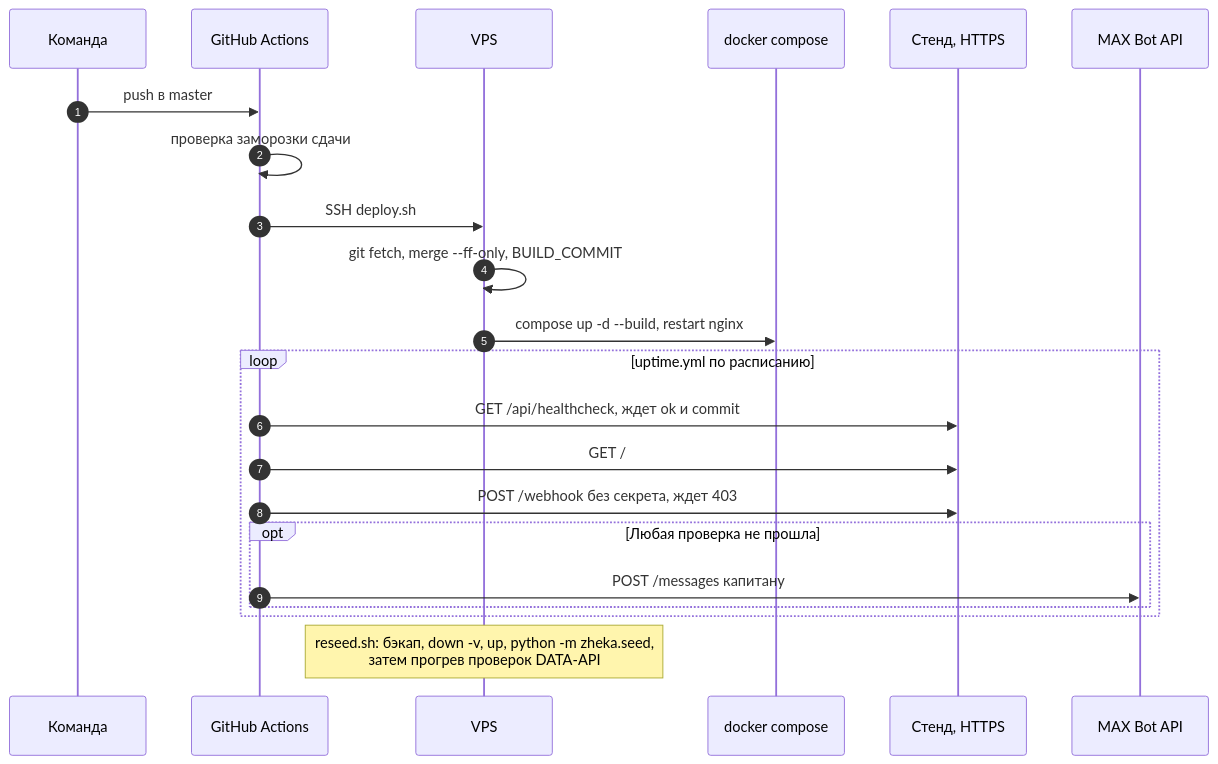
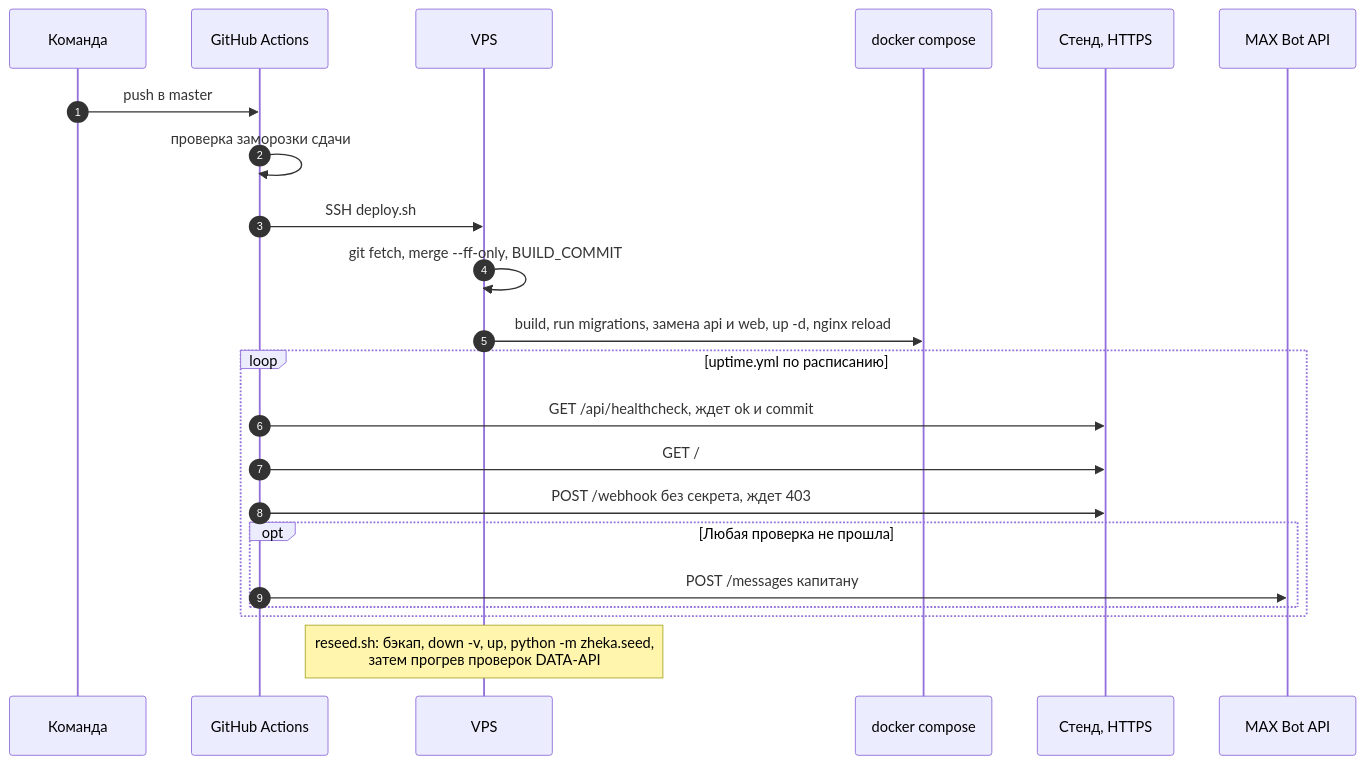
Diagram 15 of 15 in docs/architecture.md (K1rL3s/vkmax-mobilization), drawn with Mermaid before and after one commit. The commit also changed other lines of this file and 6 other files, not shown here.

Commit message:
Перевел деплой на замену api и web без простоя

````diff
--- a/docs/architecture.md
+++ b/docs/architecture.md
@@ -917,25 +934,25 @@
 ```mermaid
 sequenceDiagram
     autonumber
     participant Dev as Команда
     participant GH as GitHub Actions
     participant V as VPS
     participant C as docker compose
     participant S as Стенд, HTTPS
     participant M as MAX Bot API
 
     Dev->>GH: push в master
     GH->>GH: проверка заморозки сдачи
     GH->>V: SSH deploy.sh
     V->>V: git fetch, merge --ff-only, BUILD_COMMIT
-    V->>C: compose up -d --build, restart nginx
+    V->>C: build, run migrations, замена api и web, up -d, nginx reload
     loop uptime.yml по расписанию
         GH->>S: GET /api/healthcheck, ждет ok и commit
         GH->>S: GET /
         GH->>S: POST /webhook без секрета, ждет 403
         opt Любая проверка не прошла
             GH->>M: POST /messages капитану
         end
     end
     Note over V: reseed.sh: бэкап, down -v, up, python -m zheka.seed,<br/>затем прогрев проверок DATA-API
 ```
````
